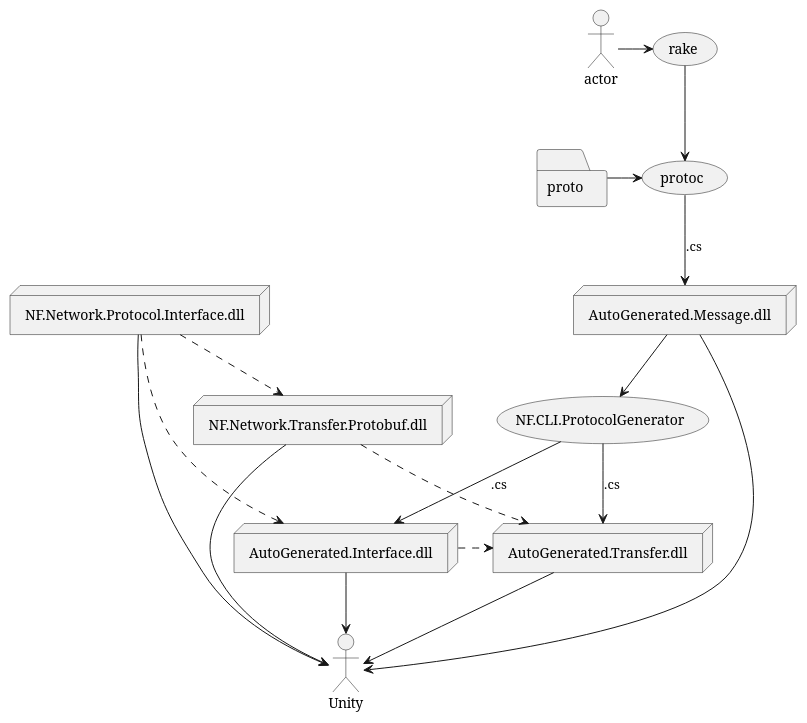
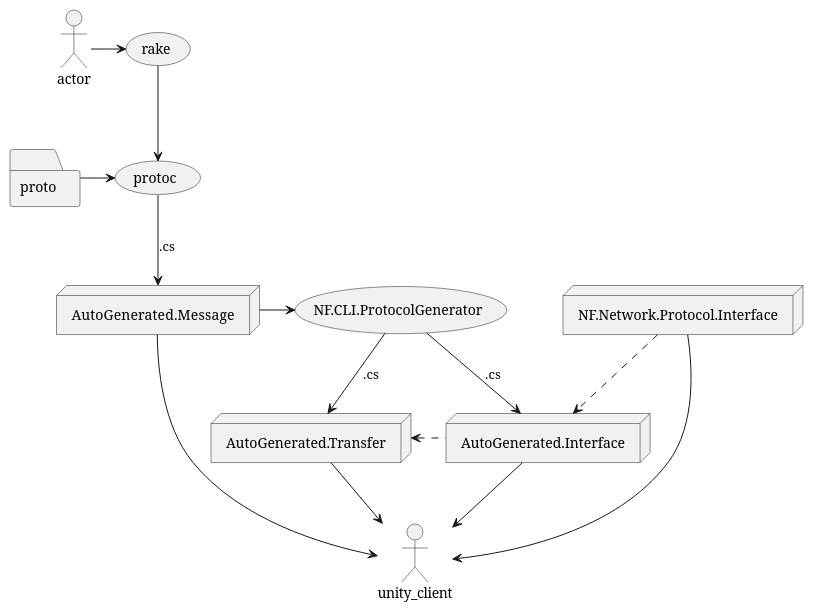
Before and after one commit to netpyoung/nf.protocol-flow: the diagram in flow.puml, drawn with PlantUML. The commit also changed 94 other files, not shown here.

```diff
--- a/flow.puml
+++ b/flow.puml
@@ -1,30 +1,26 @@
 @startuml
 folder proto
-node AutoGenerated.Message.dll
-node AutoGenerated.Interface.dll
-node AutoGenerated.Transfer.dll
-node NF.Network.Transfer.Protobuf.dll
-node NF.Network.Protocol.Interface.dll
+node AutoGenerated.Message
+node AutoGenerated.Interface
+node AutoGenerated.Transfer
+node NF.Network.Protocol.Interface
 
 actor -> (rake)
 
 
 (rake) --> (protoc)
 (proto) -> (protoc)
-(protoc) --> (AutoGenerated.Message.dll) : .cs
-(AutoGenerated.Message.dll) --> (NF.CLI.ProtocolGenerator)
-(NF.CLI.ProtocolGenerator) --> (AutoGenerated.Interface.dll) : .cs
-(NF.CLI.ProtocolGenerator) --> (AutoGenerated.Transfer.dll) : .cs
+(protoc) --> (AutoGenerated.Message) : .cs
+(AutoGenerated.Message) -> (NF.CLI.ProtocolGenerator)
+(NF.CLI.ProtocolGenerator) --> (AutoGenerated.Transfer) : .cs
+(NF.CLI.ProtocolGenerator) --> (AutoGenerated.Interface) : .cs
 
-(NF.Network.Protocol.Interface.dll) ..> (AutoGenerated.Interface.dll)
-(NF.Network.Protocol.Interface.dll) ..> (NF.Network.Transfer.Protobuf.dll)
-(NF.Network.Transfer.Protobuf.dll) ..> (AutoGenerated.Transfer.dll)
-(AutoGenerated.Interface.dll) .> (AutoGenerated.Transfer.dll)
+(NF.Network.Protocol.Interface) ..> (AutoGenerated.Interface)
+(AutoGenerated.Transfer) <. (AutoGenerated.Interface)
 
-(NF.Network.Protocol.Interface.dll) --> Unity
-(NF.Network.Transfer.Protobuf.dll) --> Unity
-(AutoGenerated.Message.dll) --> Unity
-(AutoGenerated.Transfer.dll) --> Unity
-(AutoGenerated.Interface.dll) --> Unity
+(NF.Network.Protocol.Interface) --> unity_client
+(AutoGenerated.Message) --> unity_client
+(AutoGenerated.Transfer) --> unity_client
+(AutoGenerated.Interface) --> unity_client
 
 @enduml
```
